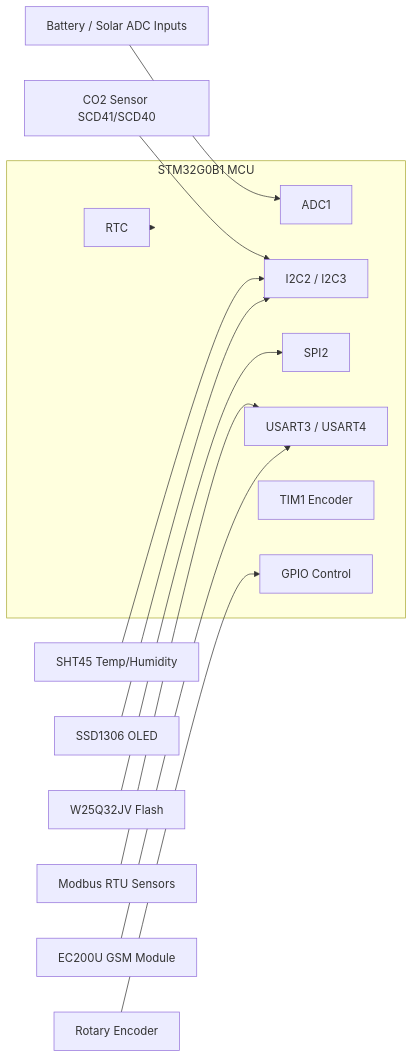
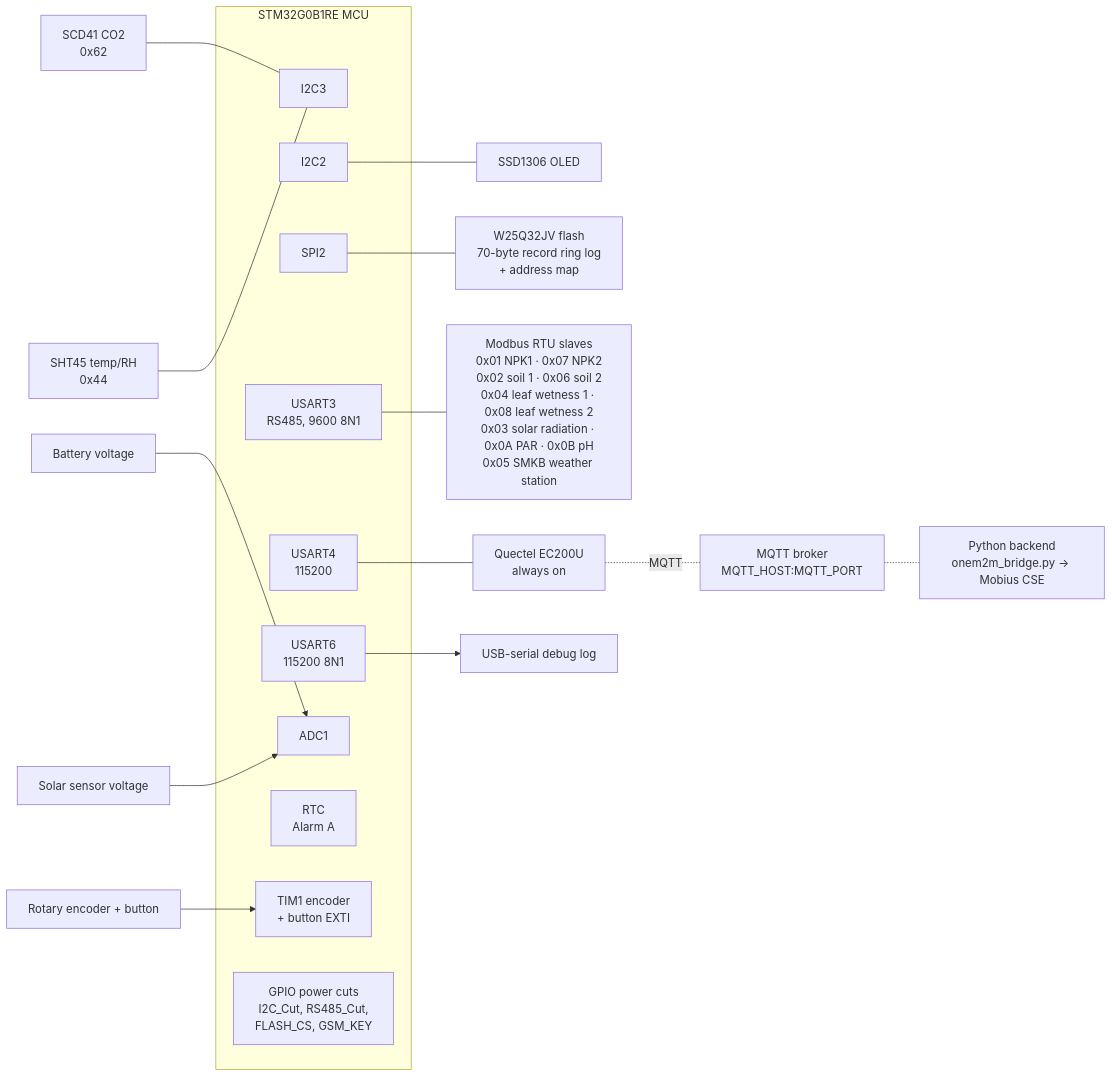
The first of 6 diagrams in README.md (anushka-prajose-tih/Closed_Loop_Irrigation), drawn with Mermaid before and after one commit. The commit also changed other lines of this file and 1 other file, not shown here.

````diff
--- a/README.md
+++ b/README.md
@@ -100,22 +107,28 @@
 ```mermaid
 graph LR
-    subgraph MCU[STM32G0B1 MCU]
+    subgraph MCU[STM32G0B1RE MCU]
+        I2C3[I2C3]
+        I2C2[I2C2]
+        SPI2[SPI2]
+        USART3["USART3<br>RS485, 9600 8N1"]
+        USART4["USART4<br>115200"]
+        USART6["USART6<br>115200 8N1"]
         ADC[ADC1]
-        I2C[I2C2 / I2C3]
-        SPI[SPI2]
-        UART[USART3 / USART4]
-        RTC[RTC]
-        TIM[TIM1 Encoder]
-        GPIO[GPIO Control]
+        RTC["RTC<br>Alarm A"]
+        TIM1["TIM1 encoder<br>+ button EXTI"]
+        GPIO["GPIO power cuts<br>I2C_Cut, RS485_Cut,<br>FLASH_CS, GSM_KEY"]
     end
 
-    CO2[CO2 Sensor SCD41/SCD40] --> I2C
-    SHT[SHT45 Temp/Humidity] --> I2C
-    OLED[SSD1306 OLED] --> I2C
-    FLASH[W25Q32JV Flash] --> SPI
-    MODBUS[Modbus RTU Sensors] --> UART
-    GSM[EC200U GSM Module] --> UART
-    ENCODER[Rotary Encoder] --> GPIO
-    BAT[Battery / Solar ADC Inputs] --> ADC
-    RTC --> MCU
+    SCD41["SCD41 CO2<br>0x62"] --- I2C3
+    SHT45["SHT45 temp/RH<br>0x44"] --- I2C3
+    I2C2 --- OLED[SSD1306 OLED]
+    SPI2 --- FLASH["W25Q32JV flash<br>70-byte record ring log<br>+ address map"]
+    USART3 --- MB["Modbus RTU slaves<br>0x01 NPK1 · 0x07 NPK2<br>0x02 soil 1 · 0x06 soil 2<br>0x04 leaf wetness 1 · 0x08 leaf wetness 2<br>0x03 solar radiation · 0x0A PAR · 0x0B pH<br>0x05 SMKB weather station"]
+    USART4 --- GSM["Quectel EC200U<br>always on"]
+    GSM -.MQTT.- BROKER["MQTT broker<br>MQTT_HOST:MQTT_PORT"]
+    BROKER -.- BACKEND["Python backend<br>onem2m_bridge.py → Mobius CSE"]
+    USART6 --> LOG[USB-serial debug log]
+    BAT[Battery voltage] --> ADC
+    SOLAR[Solar sensor voltage] --> ADC
+    ENC[Rotary encoder + button] --> TIM1
 ```
````
